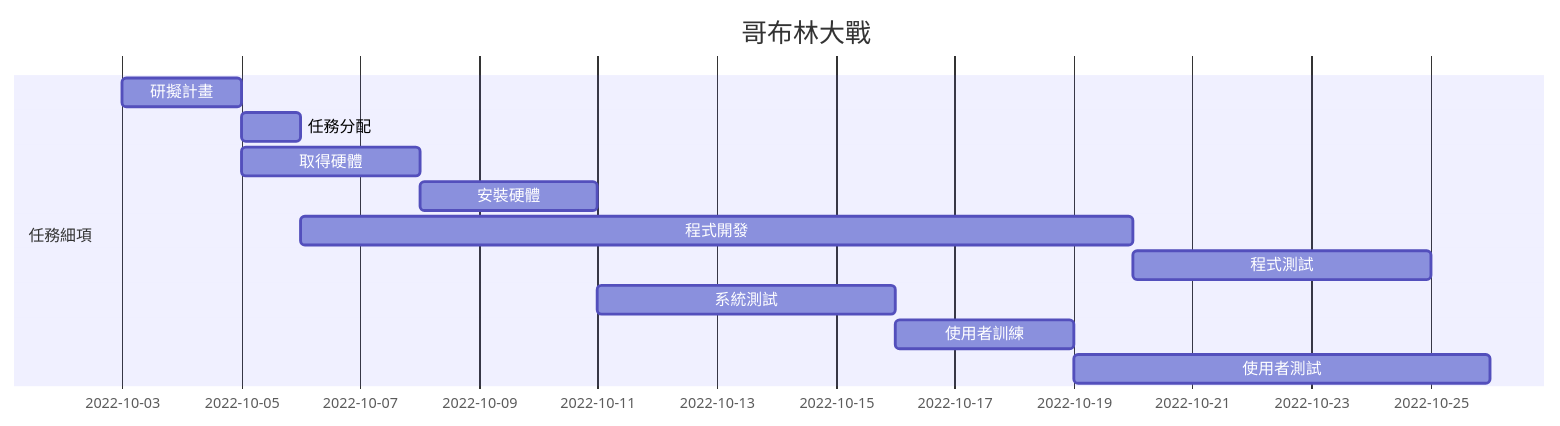
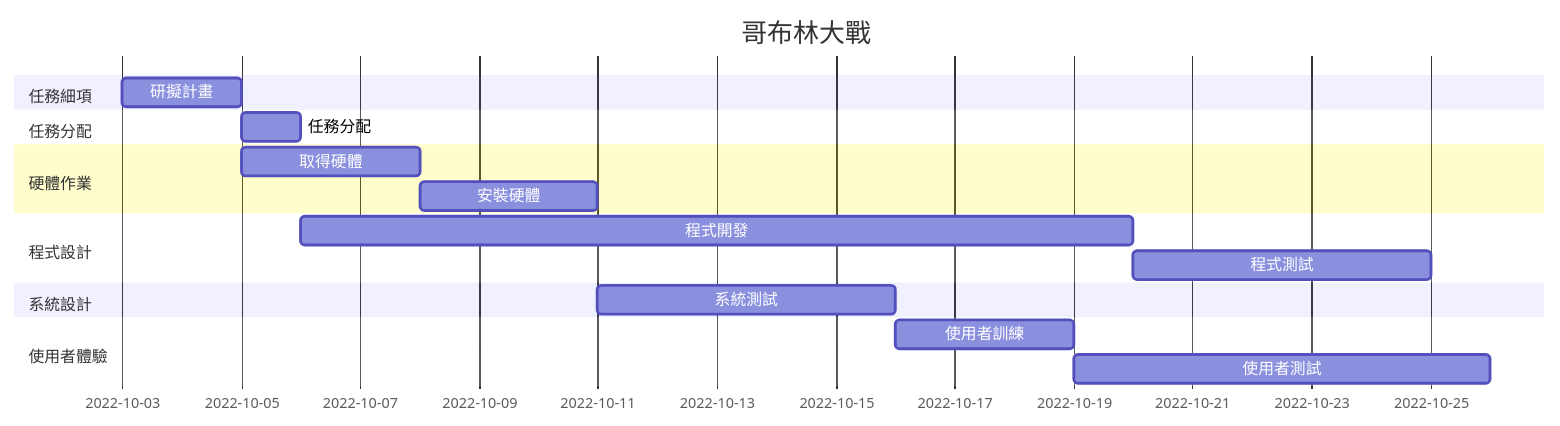
One commit to rong142/YCMR changed the diagram in README.md. Above: the diagram before and after it, drawn with Mermaid.

````diff
--- a/README.md
+++ b/README.md
@@ -16,16 +16,21 @@
 ```mermaid
 gantt
     title 哥布林大戰
     
     section 任務細項
     研擬計畫           :a1, 2022-10-03, 2d
+    section 任務分配
     任務分配           :a2,after a1  , 1d
+    section 硬體作業
     取得硬體           :a3,after a1  , 3d
     安裝硬體           :a4,after a3  , 3d
+    section 程式設計
     程式開發           :a5,after a2  , 14d
     程式測試           :a6,after a5  , 5d
+    section 系統設計
     系統測試           :a7,after a4  , 5d
+    section 使用者體驗
     使用者訓練         :a8,after a7  , 3d
     使用者測試         :after a8  , 7d
 
 ```
````
